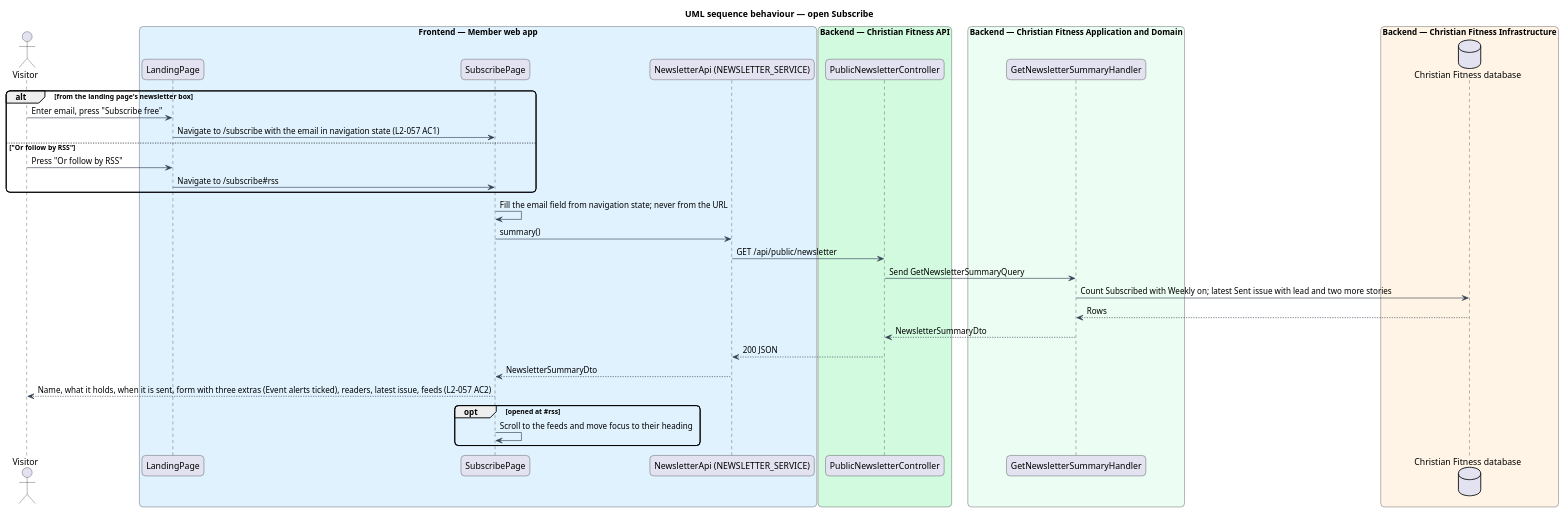
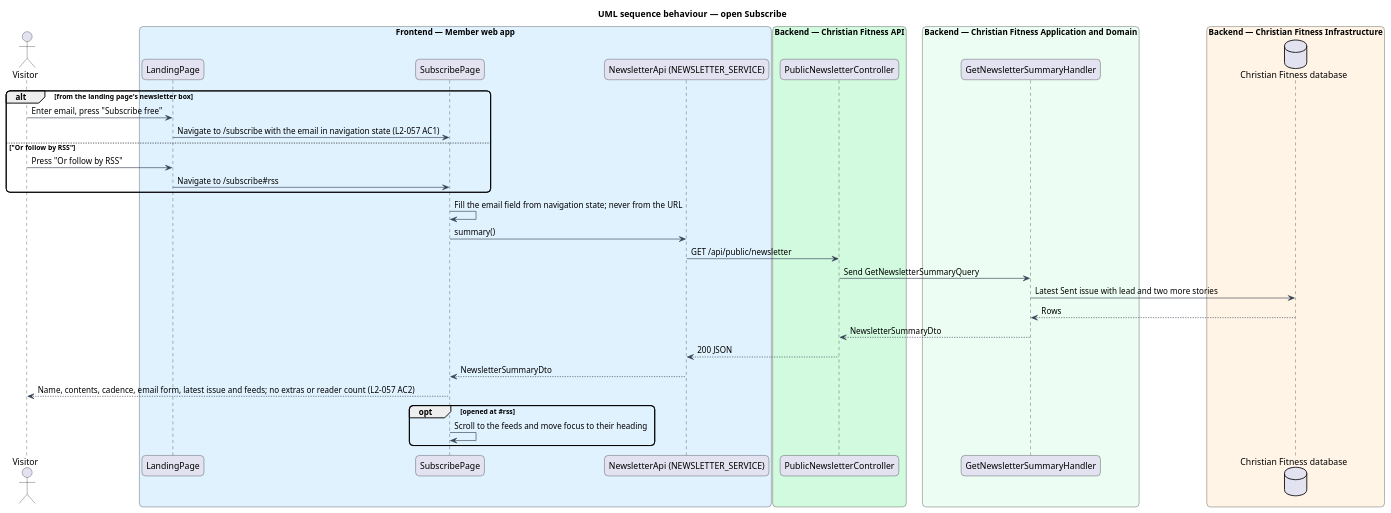
One commit to QuinntyneBrown/christian-fitness changed the diagram in docs/detailed-designs/news/subscribe-to-newsletter/diagrams/sequence-open-subscribe.puml. Above: the diagram before and after it, drawn with PlantUML. The commit also changed 48 other files, not shown here.

```diff
--- a/docs/detailed-designs/news/subscribe-to-newsletter/diagrams/sequence-open-subscribe.puml
+++ b/docs/detailed-designs/news/subscribe-to-newsletter/diagrams/sequence-open-subscribe.puml
@@ -1,43 +1,43 @@
 @startuml
 title UML sequence behaviour — open Subscribe
 skinparam backgroundColor #FFFFFF
 skinparam shadowing false
 skinparam roundcorner 12
 skinparam defaultFontName Arial
 skinparam ArrowColor #344054
 actor "Visitor" as actor
 box "Frontend — Member web app" #E0F2FE
   participant "LandingPage" as landing
   participant "SubscribePage" as page
   participant "NewsletterApi (NEWSLETTER_SERVICE)" as client
 end box
 box "Backend — Christian Fitness API" #D1FADF
   participant "PublicNewsletterController" as ctrl
 end box
 box "Backend — Christian Fitness Application and Domain" #ECFDF3
   participant "GetNewsletterSummaryHandler" as h
 end box
 box "Backend — Christian Fitness Infrastructure" #FFF4E5
   database "Christian Fitness database" as db
 end box
 alt from the landing page's newsletter box
   actor -> landing : Enter email, press "Subscribe free"
   landing -> page : Navigate to /subscribe with the email in navigation state (L2-057 AC1)
 else "Or follow by RSS"
   actor -> landing : Press "Or follow by RSS"
   landing -> page : Navigate to /subscribe#rss
 end
 page -> page : Fill the email field from navigation state; never from the URL
 page -> client : summary()
 client -> ctrl : GET /api/public/newsletter
 ctrl -> h : Send GetNewsletterSummaryQuery
-h -> db : Count Subscribed with Weekly on; latest Sent issue with lead and two more stories
+h -> db : Latest Sent issue with lead and two more stories
 db --> h : Rows
 h --> ctrl : NewsletterSummaryDto
 ctrl --> client : 200 JSON
 client --> page : NewsletterSummaryDto
-page --> actor : Name, what it holds, when it is sent, form with three extras (Event alerts ticked), readers, latest issue, feeds (L2-057 AC2)
+page --> actor : Name, contents, cadence, email form, latest issue and feeds; no extras or reader count (L2-057 AC2)
 opt opened at #rss
   page -> page : Scroll to the feeds and move focus to their heading
 end
 @enduml
```
